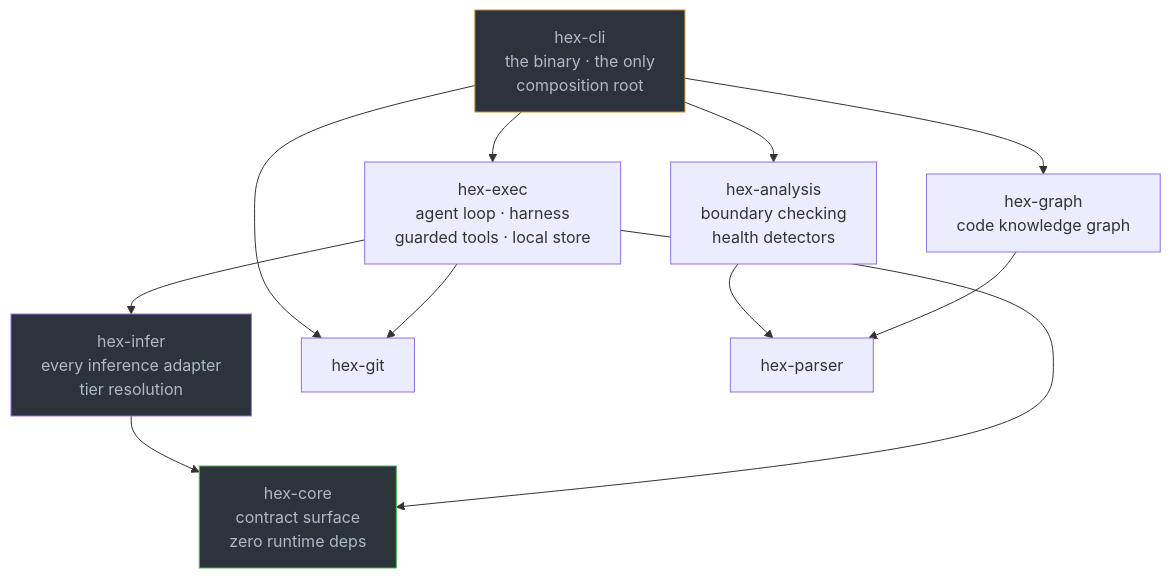
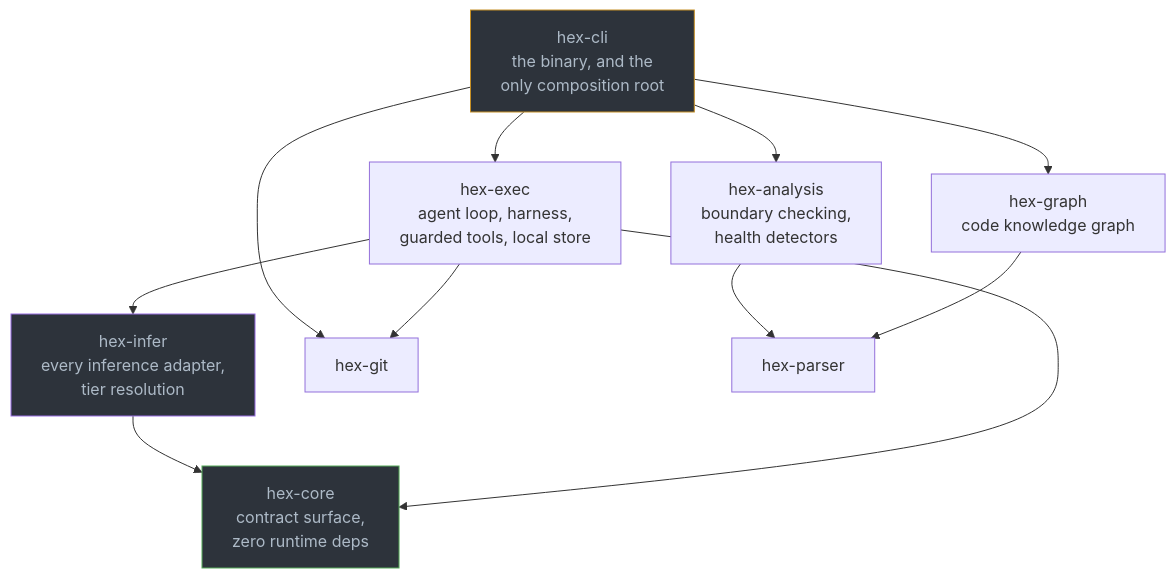
The third of 3 diagrams in ARCHITECTURE.md (gaberger/hex), drawn with Mermaid before and after one commit. The commit also changed other lines of this file and 2 other files, not shown here.

````diff
--- a/ARCHITECTURE.md
+++ b/ARCHITECTURE.md
@@ -107,26 +102,26 @@
 ```mermaid
 flowchart TB
-    CLI["hex-cli<br/>the binary · the only<br/>composition root"]
-    EXEC["hex-exec<br/>agent loop · harness<br/>guarded tools · local store"]
-    INFER["hex-infer<br/>every inference adapter<br/>tier resolution"]
-    ANAL["hex-analysis<br/>boundary checking<br/>health detectors"]
+    CLI["hex-cli<br/>the binary, and the<br/>only composition root"]
+    EXEC["hex-exec<br/>agent loop, harness,<br/>guarded tools, local store"]
+    INFER["hex-infer<br/>every inference adapter,<br/>tier resolution"]
+    ANAL["hex-analysis<br/>boundary checking,<br/>health detectors"]
     GRAPH["hex-graph<br/>code knowledge graph"]
     GIT["hex-git"]
     PARSE["hex-parser"]
-    CORE["hex-core<br/>contract surface<br/>zero runtime deps"]
+    CORE["hex-core<br/>contract surface,<br/>zero runtime deps"]
 
     CLI --> EXEC
     CLI --> ANAL
     CLI --> GRAPH
     CLI --> GIT
     EXEC --> INFER
     EXEC --> GIT
     INFER --> CORE
     EXEC --> CORE
     ANAL --> PARSE
     GRAPH --> PARSE
 
     style CORE fill:#2d333b,stroke:#57ab5a,color:#adbac7
     style INFER fill:#2d333b,stroke:#986ee2,color:#adbac7
     style CLI fill:#2d333b,stroke:#c69026,color:#adbac7
 ```
````
